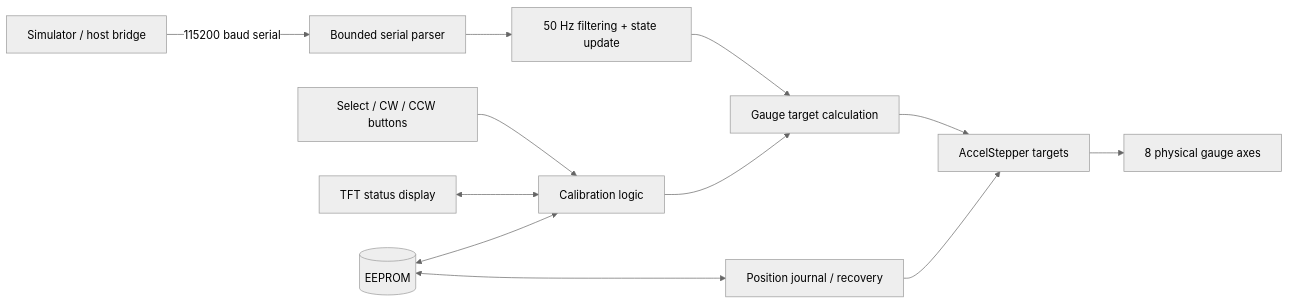
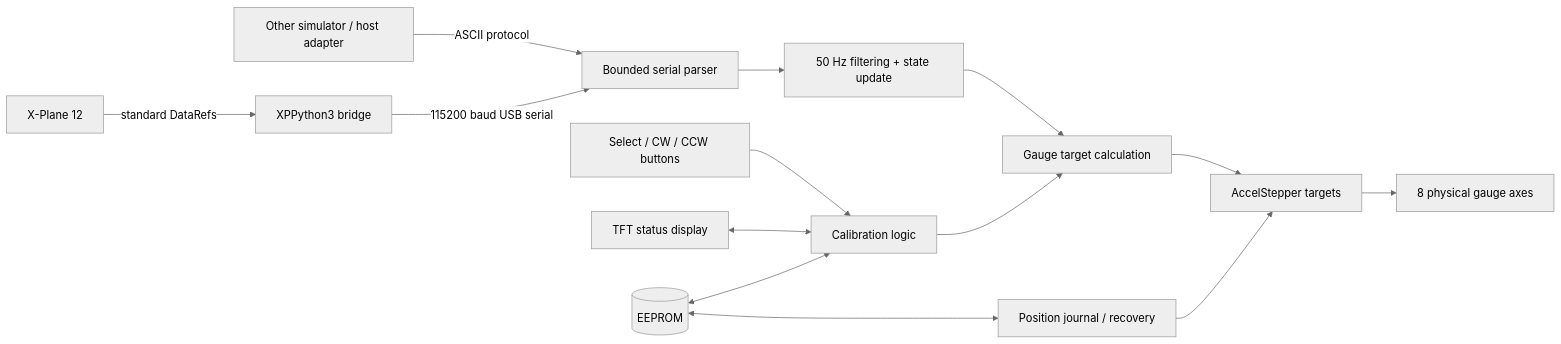
Before and after one commit to sarollahi/CockpitGaugeController: the diagram in README.md, drawn with Mermaid (neutral theme). The commit also changed other lines of this file, not shown here.

Commit message:
Add native XPPython3 bridge documentation

````diff
--- a/README.md
+++ b/README.md
@@ -55,14 +56,16 @@
 ```mermaid
 flowchart LR
-    HOST[Simulator / host bridge] -->|115200 baud serial| RX[Bounded serial parser]
+    XP[X-Plane 12] -->|standard DataRefs| BRIDGE[XPPython3 bridge]
+    OTHER[Other simulator / host adapter] -->|ASCII protocol| RX[Bounded serial parser]
+    BRIDGE -->|115200 baud USB serial| RX
     BTN[Select / CW / CCW buttons] --> CAL[Calibration logic]
     TFT[TFT status display] <--> CAL
     RX --> FILTER[50 Hz filtering + state update]
     FILTER --> TARGET[Gauge target calculation]
     CAL --> TARGET
     TARGET --> MOTOR[AccelStepper targets]
     MOTOR --> GAUGES[8 physical gauge axes]
     EEPROM[(EEPROM)] <--> CAL
     EEPROM <--> POS[Position journal / recovery]
     POS --> MOTOR
 ```
````
